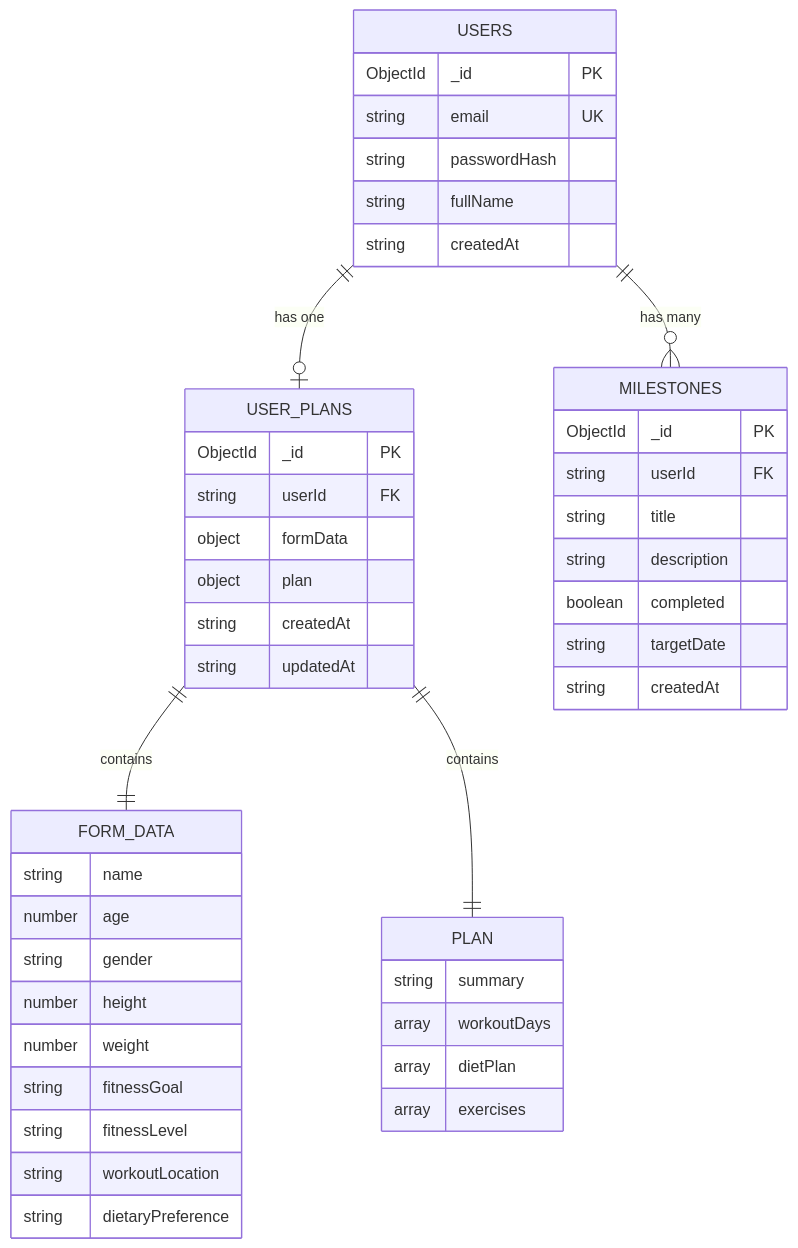
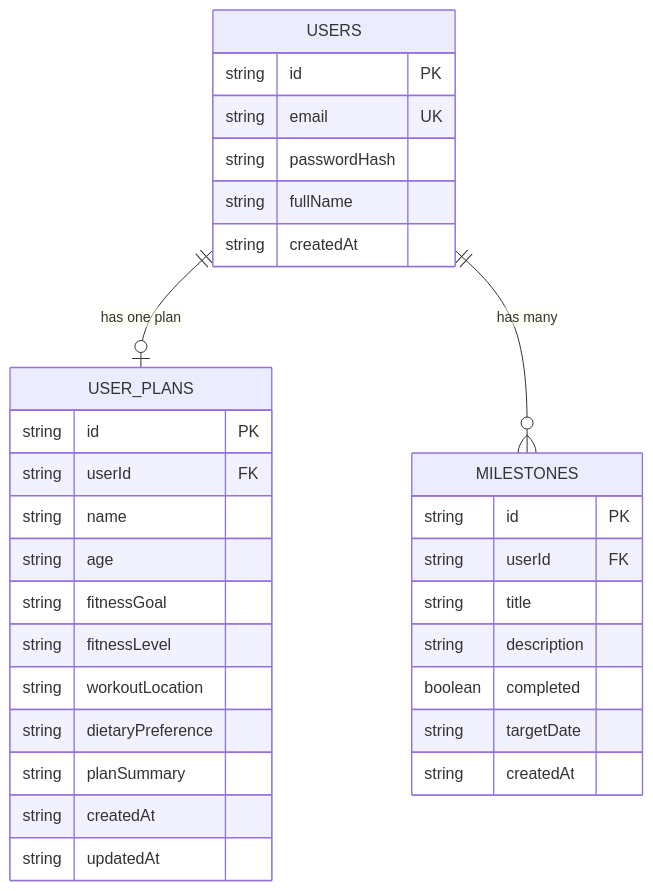
Before and after one commit to NEhIL06/zenfit: the ninth of 14 diagrams in README.md, drawn with Mermaid. The commit also changed other lines of this file, not shown here.

Commit message:
docs: update README.md architecture and schema diagrams

````diff
--- a/README.md
+++ b/README.md
@@ -375,53 +370,37 @@
 ```mermaid
 erDiagram
     USERS {
-        ObjectId _id PK
+        string id PK
         string email UK
         string passwordHash
         string fullName
         string createdAt
     }
 
     USER_PLANS {
-        ObjectId _id PK
+        string id PK
         string userId FK
-        object formData
-        object plan
+        string name
+        string age
+        string fitnessGoal
+        string fitnessLevel
+        string workoutLocation
+        string dietaryPreference
+        string planSummary
         string createdAt
         string updatedAt
     }
 
     MILESTONES {
-        ObjectId _id PK
+        string id PK
         string userId FK
         string title
         string description
         boolean completed
         string targetDate
         string createdAt
     }
 
-    FORM_DATA {
-        string name
-        number age
-        string gender
-        number height
-        number weight
-        string fitnessGoal
-        string fitnessLevel
-        string workoutLocation
-        string dietaryPreference
-    }
-
-    PLAN {
-        string summary
-        array workoutDays
-        array dietPlan
-        array exercises
-    }
-
-    USERS ||--o| USER_PLANS : "has one"
+    USERS ||--o| USER_PLANS : "has one plan"
     USERS ||--o{ MILESTONES : "has many"
-    USER_PLANS ||--|| FORM_DATA : "contains"
-    USER_PLANS ||--|| PLAN : "contains"
 ```
````
